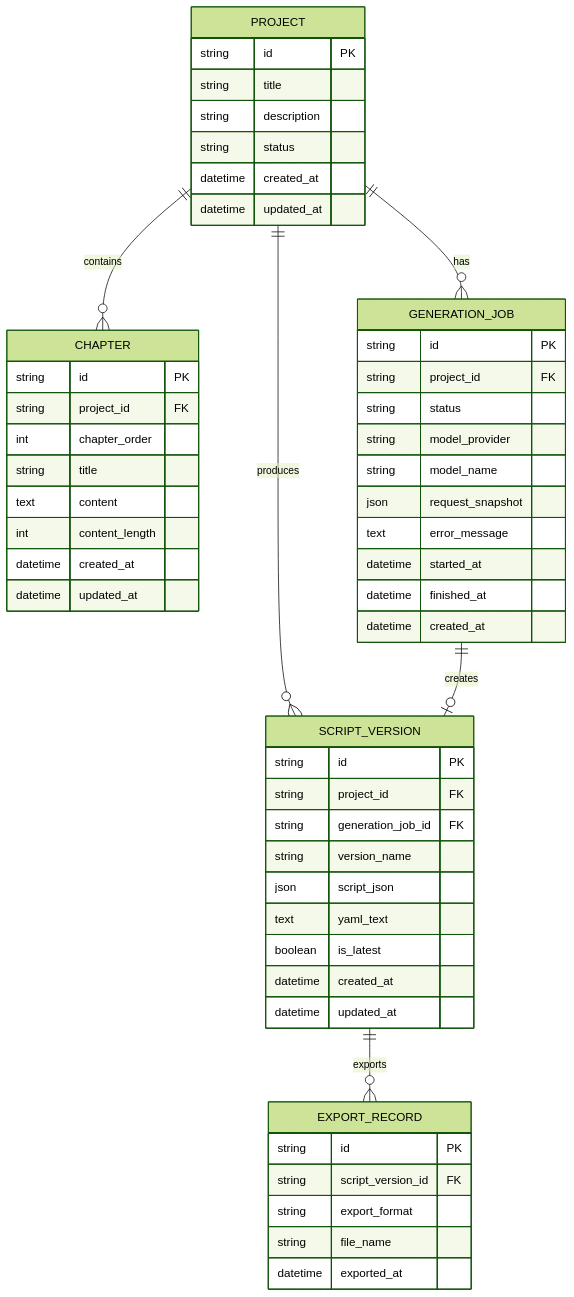
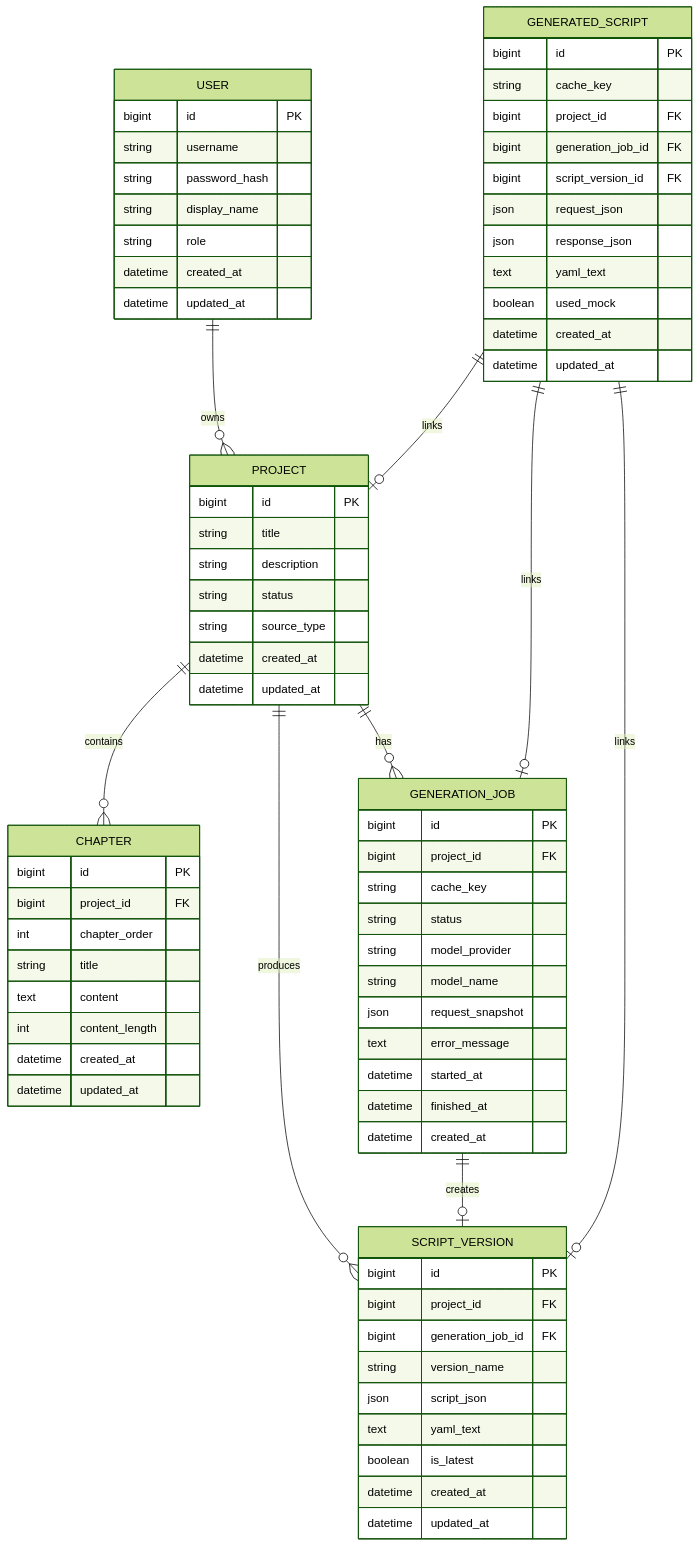
One commit to yc20041001/novel-to-script changed the diagram in docs/database-design.md. Above: the diagram before and after it, drawn with Mermaid (forest theme). The commit also changed other lines of this file and 7 other files, not shown here.

````diff
--- a/docs/database-design.md
+++ b/docs/database-design.md
@@ -44,61 +46,82 @@
 ```mermaid
 erDiagram
+  USER ||--o{ PROJECT : owns
   PROJECT ||--o{ CHAPTER : contains
   PROJECT ||--o{ GENERATION_JOB : has
   PROJECT ||--o{ SCRIPT_VERSION : produces
   GENERATION_JOB ||--o| SCRIPT_VERSION : creates
-  SCRIPT_VERSION ||--o{ EXPORT_RECORD : exports
+  GENERATED_SCRIPT ||--o| PROJECT : links
+  GENERATED_SCRIPT ||--o| GENERATION_JOB : links
+  GENERATED_SCRIPT ||--o| SCRIPT_VERSION : links
+
+  USER {
+    bigint id PK
+    string username
+    string password_hash
+    string display_name
+    string role
+    datetime created_at
+    datetime updated_at
+  }
 
   PROJECT {
-    string id PK
+    bigint id PK
     string title
     string description
     string status
+    string source_type
     datetime created_at
     datetime updated_at
   }
 
   CHAPTER {
-    string id PK
-    string project_id FK
+    bigint id PK
+    bigint project_id FK
     int chapter_order
     string title
     text content
     int content_length
     datetime created_at
     datetime updated_at
   }
 
   GENERATION_JOB {
-    string id PK
-    string project_id FK
+    bigint id PK
+    bigint project_id FK
+    string cache_key
     string status
     string model_provider
     string model_name
     json request_snapshot
     text error_message
     datetime started_at
     datetime finished_at
     datetime created_at
   }
 
   SCRIPT_VERSION {
-    string id PK
-    string project_id FK
-    string generation_job_id FK
+    bigint id PK
+    bigint project_id FK
+    bigint generation_job_id FK
     string version_name
     json script_json
     text yaml_text
     boolean is_latest
     datetime created_at
     datetime updated_at
   }
 
-  EXPORT_RECORD {
-    string id PK
-    string script_version_id FK
-    string export_format
-    string file_name
-    datetime exported_at
+  GENERATED_SCRIPT {
+    bigint id PK
+    string cache_key
+    bigint project_id FK
+    bigint generation_job_id FK
+    bigint script_version_id FK
+    json request_json
+    json response_json
+    text yaml_text
+    boolean used_mock
+    datetime created_at
+    datetime updated_at
   }
 ```
````
